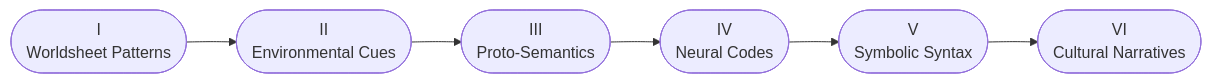
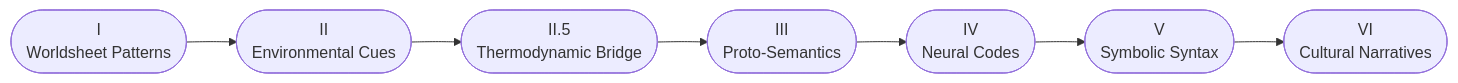
One commit to Staphylococcus/brain-from-brane changed the first of 9 diagrams in docs/01-pattern-realism/1a-pathway-emergence.md. Above: the diagram before and after it, drawn with Mermaid. The commit also changed other lines of this file, not shown here.

````diff
--- a/docs/01-pattern-realism/1a-pathway-emergence.md
+++ b/docs/01-pattern-realism/1a-pathway-emergence.md
@@ -14,8 +15,9 @@
 ```mermaid
 graph LR
   A(["I<br>Worldsheet Patterns"]) --> B(["II<br>Environmental Cues"])
-  B --> C(["III<br>Proto-Semantics"])
+  B --> B5(["II.5<br>Thermodynamic Bridge"])
+  B5 --> C(["III<br>Proto-Semantics"])
   C --> D(["IV<br>Neural Codes"])
   D --> E(["V<br>Symbolic Syntax"])
   E --> F(["VI<br>Cultural Narratives"])
 ```
````
